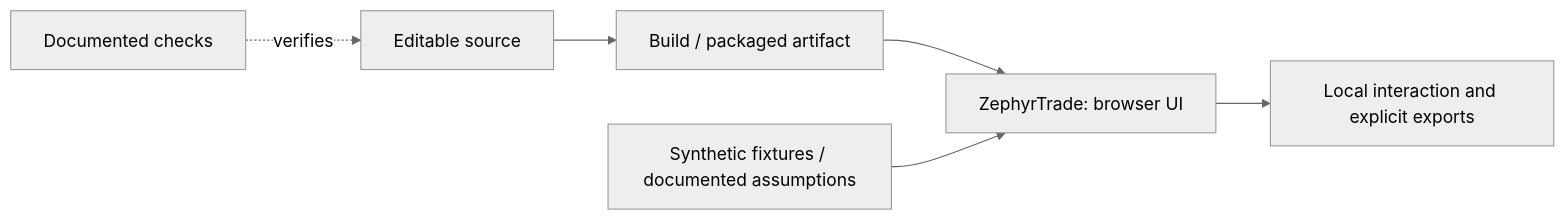
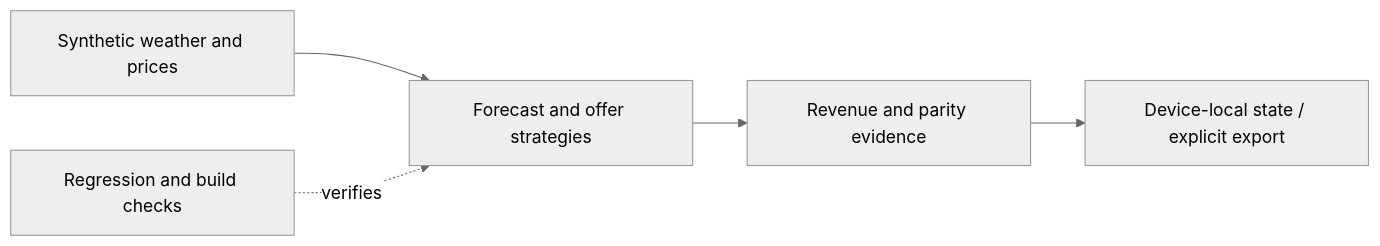
The diagram in docs/architecture/system-overview.md (mohammadrezwankhan/zephyrtrade), drawn with Mermaid (neutral theme) before and after one commit. The commit also changed other lines of this file and 16 other files, not shown here.

````diff
--- a/docs/architecture/system-overview.md
+++ b/docs/architecture/system-overview.md
@@ -7,8 +5,7 @@
 ```mermaid
 flowchart LR
-    A["Editable source"] --> B["Build / packaged artifact"]
-    B --> C["ZephyrTrade: browser UI"]
-    D["Synthetic fixtures / documented assumptions"] --> C
-    C --> E["Local interaction and explicit exports"]
-    T["Documented checks"] -. verifies .-> A
+    I["Synthetic weather and prices"] --> R["Forecast and offer strategies"]
+    R --> V["Revenue and parity evidence"]
+    V --> L["Device-local state / explicit export"]
+    T["Regression and build checks"] -. verifies .-> R
 ```
````
